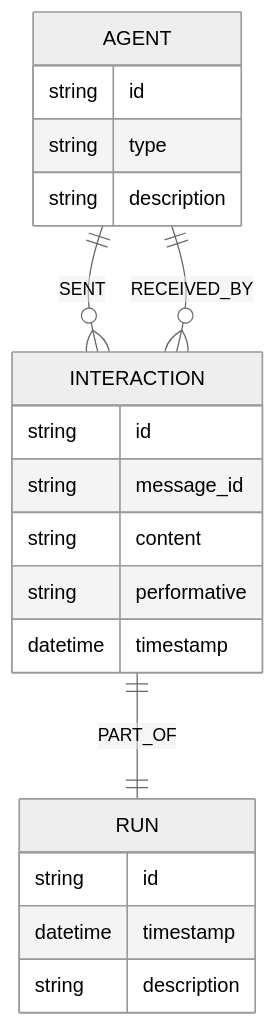
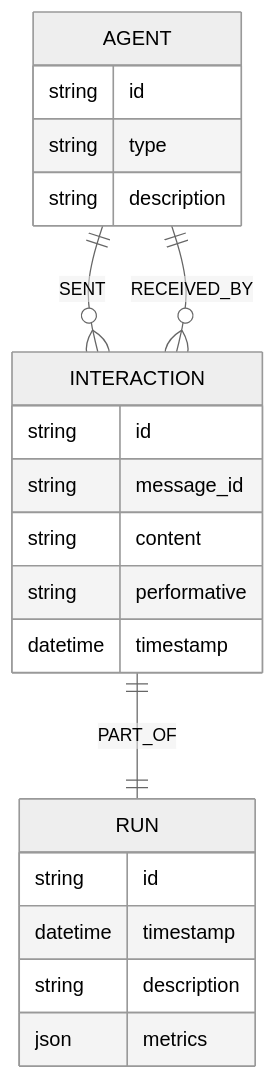
Before and after one commit to JtPerez-Acle/NeuroSpark: the fourth of 5 diagrams in README.md, drawn with Mermaid (neutral theme). The commit also changed other lines of this file and 58 other files, not shown here.

````diff
--- a/README.md
+++ b/README.md
@@ -155,26 +252,27 @@
 ```mermaid
 erDiagram
     AGENT ||--o{ INTERACTION : "SENT"
     AGENT ||--o{ INTERACTION : "RECEIVED_BY"
     INTERACTION ||--|| RUN : "PART_OF"
     
     AGENT {
         string id
         string type
         string description
     }
     
     INTERACTION {
         string id
         string message_id
         string content
         string performative
         datetime timestamp
     }
     
     RUN {
         string id
         datetime timestamp
         string description
+        json metrics
     }
 ```
````
